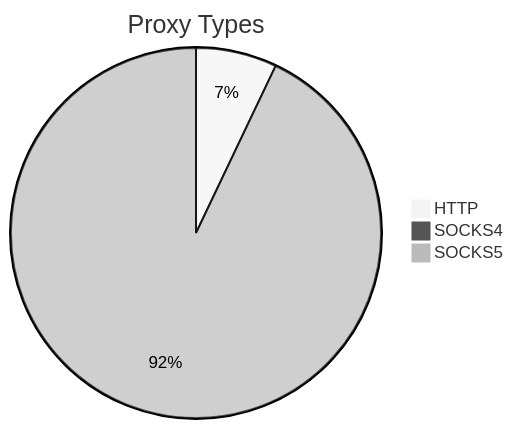
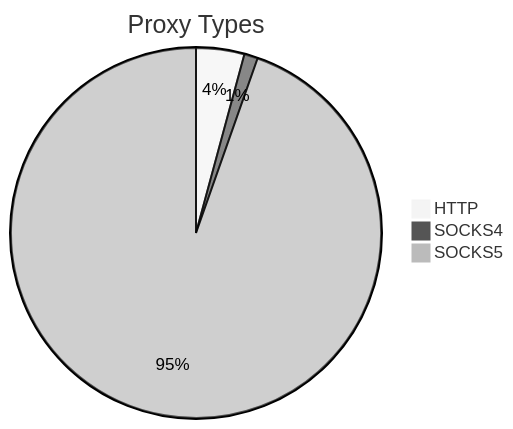
The first of 2 diagrams in README.md (stormsia/proxy-list), drawn with Mermaid (neutral theme) before and after one commit. The commit also changed other lines of this file, not shown here.

````diff
--- a/README.md
+++ b/README.md
@@ -21,6 +21,6 @@
 ```mermaid
 pie title Proxy Types
-    "HTTP" : 280
-    "SOCKS4" : 34
-    "SOCKS5" : 3677
+    "HTTP" : 224
+    "SOCKS4" : 63
+    "SOCKS5" : 5032
 ```
````
